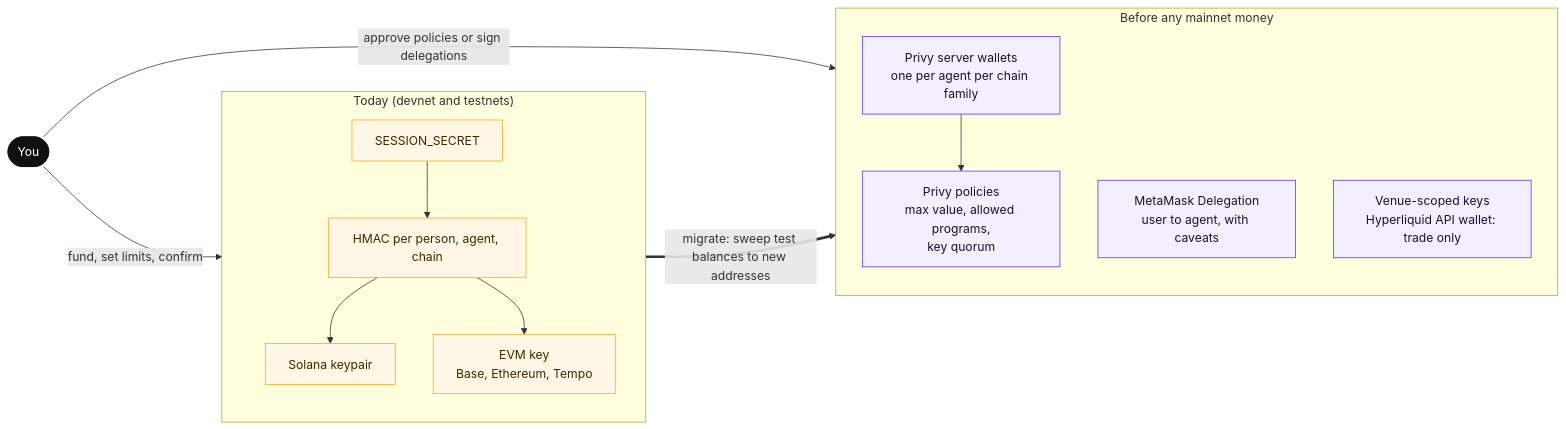
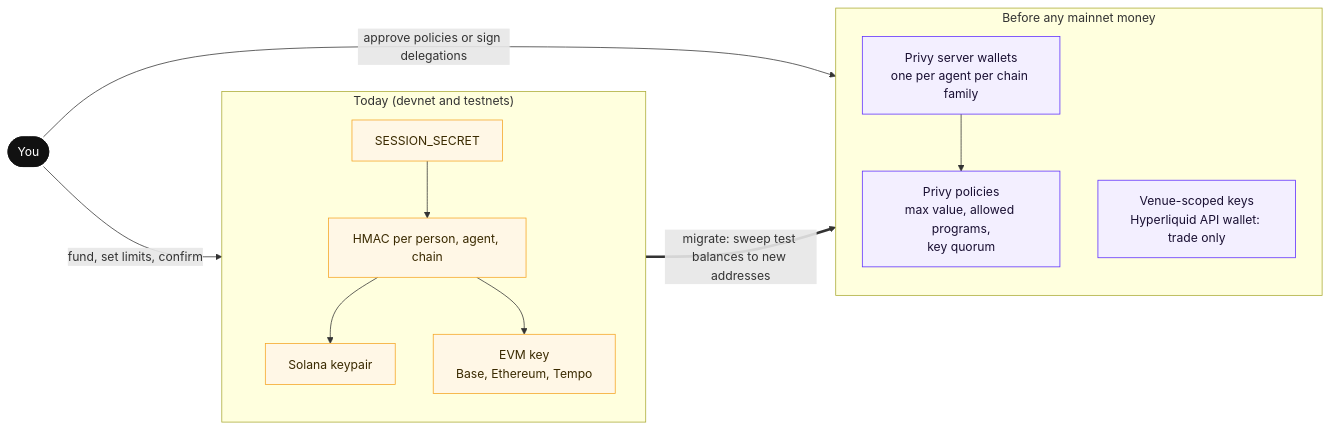
One commit to xElvolution/lexari changed the fifth of 8 diagrams in README.md. Above: the diagram before and after it, drawn with Mermaid. The commit also changed other lines of this file and 28 other files, not shown here.

Commit message:
Remove the MetaMask wallet plugin and MetaMask Delegation connector

````diff
--- a/README.md
+++ b/README.md
@@ -316,22 +315,21 @@
 ```mermaid
 flowchart LR
   classDef now fill:#fff7e6,stroke:#f5a524,color:#3a2a00
   classDef next fill:#f3efff,stroke:#5b2bff,color:#1a1033
   classDef you fill:#111111,stroke:#111111,color:#ffffff
 
   subgraph TODAY["Today (devnet and testnets)"]
     SS[SESSION_SECRET]:::now --> HMAC[HMAC per person, agent, chain]:::now
     HMAC --> KS[Solana keypair]:::now
     HMAC --> KE[EVM key<br/>Base, Ethereum, Tempo]:::now
   end
 
   subgraph TARGET["Before any mainnet money"]
     PSW[Privy server wallets<br/>one per agent per chain family]:::next --> POLS[Privy policies<br/>max value, allowed programs,<br/>key quorum]:::next
-    DEL[MetaMask Delegation<br/>user to agent, with caveats]:::next
     HLW[Venue-scoped keys<br/>Hyperliquid API wallet: trade only]:::next
   end
 
   YOU([You]):::you -->|fund, set limits, confirm| TODAY
   YOU -->|approve policies or sign delegations| TARGET
   TODAY ==>|migrate: sweep test balances to new addresses| TARGET
 ```
````
